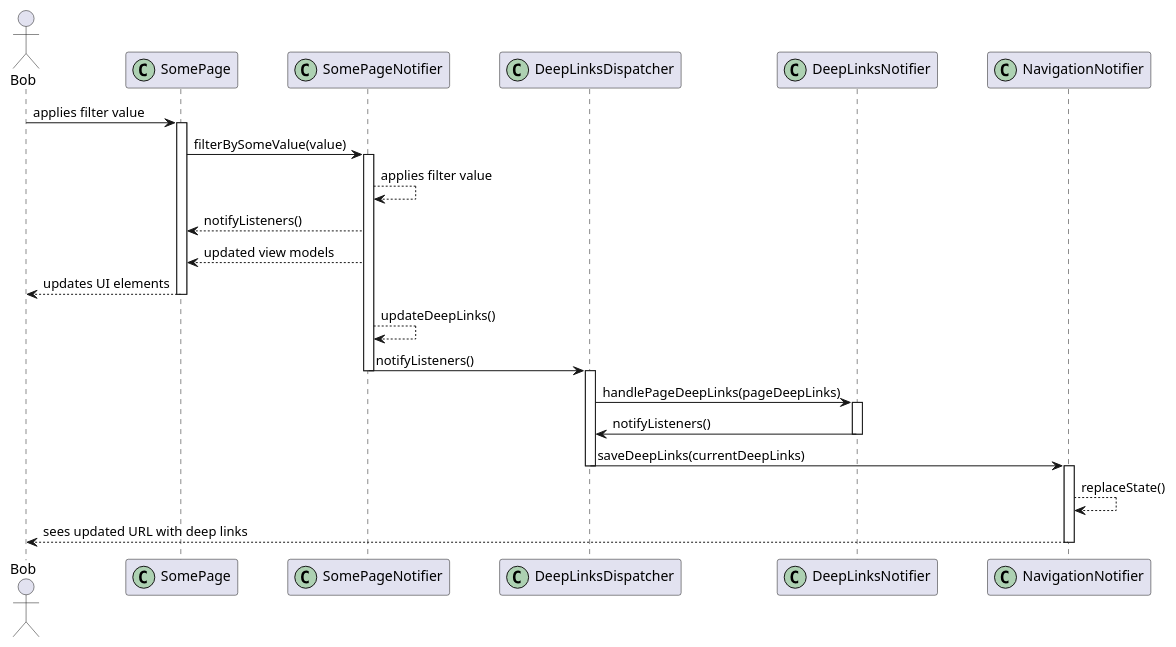
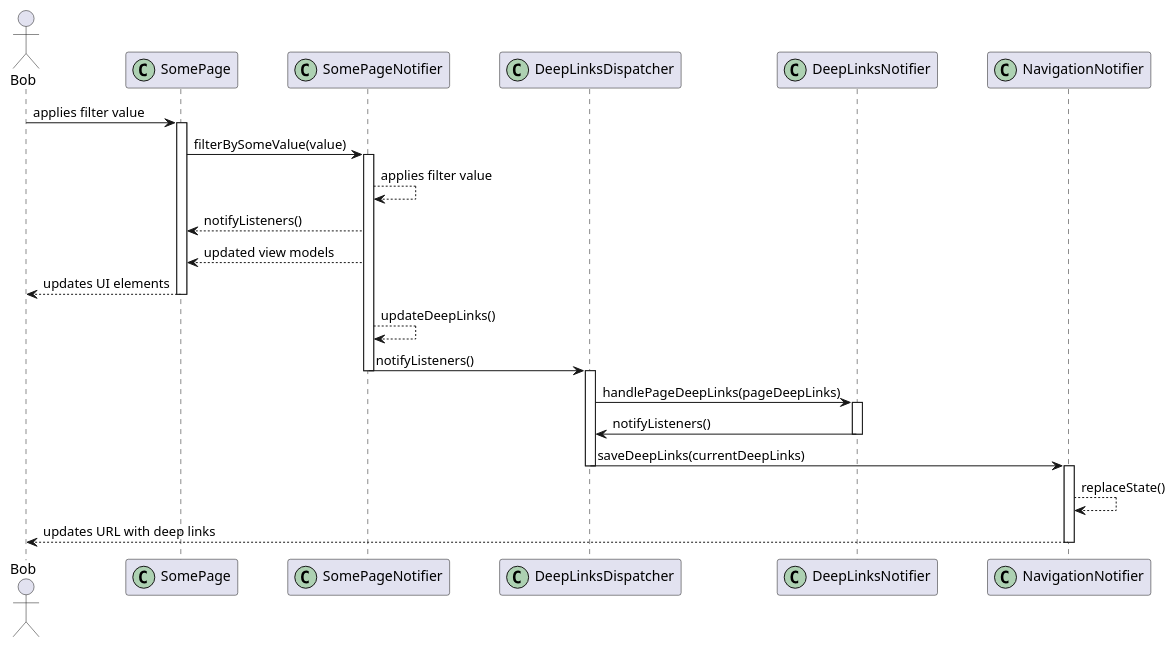
One commit to Flank/flank-dashboard changed the diagram in metrics/web/docs/analysis/deep_links/diagrams/saving_deep_links_sequence_diagram.puml. Above: the diagram before and after it, drawn with PlantUML. The commit also changed 1 other file, not shown here.

```diff
--- a/metrics/web/docs/analysis/deep_links/diagrams/saving_deep_links_sequence_diagram.puml
+++ b/metrics/web/docs/analysis/deep_links/diagrams/saving_deep_links_sequence_diagram.puml
@@ -1,46 +1,46 @@
 @startuml
 skinparam ParticipantPadding 20
 skinparam BoxPadding 10
 
 actor Bob
 
 participant SomePage << (C,#ADD1B2) >>
 participant SomePageNotifier << (C,#ADD1B2) >>
 participant DeepLinksDispatcher << (C,#ADD1B2) >>
 participant DeepLinksNotifier << (C,#ADD1B2) >>
 participant NavigationNotifier << (C,#ADD1B2) >>
 
 Bob -> SomePage : applies filter value
 activate SomePage
 
 SomePage -> SomePageNotifier : filterBySomeValue(value)
 activate SomePageNotifier
 
 SomePageNotifier --> SomePageNotifier : applies filter value
 SomePageNotifier --> SomePage : notifyListeners()
 SomePageNotifier --> SomePage : updated view models
 SomePage --> Bob : updates UI elements
 deactivate SomePage
 
 
 SomePageNotifier --> SomePageNotifier : updateDeepLinks()
 
 SomePageNotifier -> DeepLinksDispatcher : notifyListeners()
 deactivate SomePageNotifier
 activate DeepLinksDispatcher
 
 DeepLinksDispatcher -> DeepLinksNotifier : handlePageDeepLinks(pageDeepLinks)
 activate DeepLinksNotifier
 
 DeepLinksNotifier -> DeepLinksDispatcher : notifyListeners()
 deactivate DeepLinksNotifier
 
 DeepLinksDispatcher -> NavigationNotifier : saveDeepLinks(currentDeepLinks)
 deactivate DeepLinksDispatcher
 activate NavigationNotifier
 
 NavigationNotifier --> NavigationNotifier : replaceState()
-NavigationNotifier --> Bob : sees updated URL with deep links
+NavigationNotifier --> Bob : updates URL with deep links
 deactivate NavigationNotifier
 
 @enduml
```
